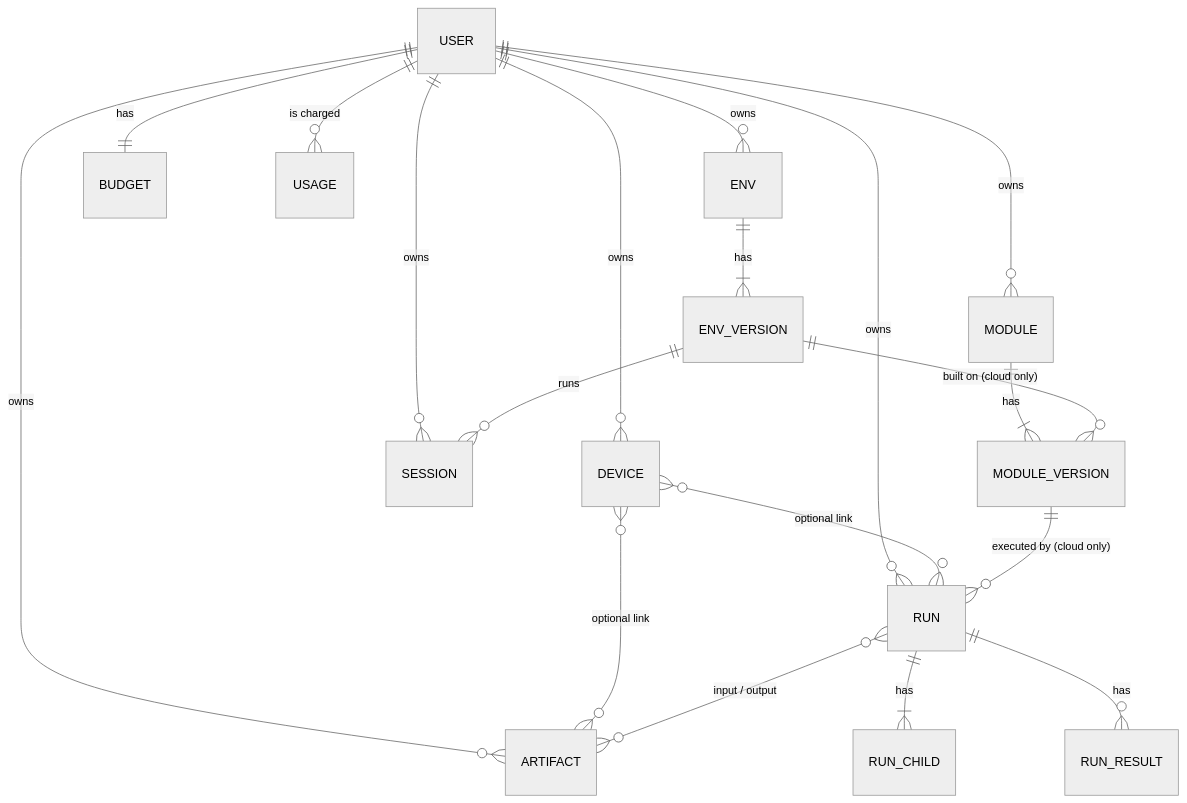
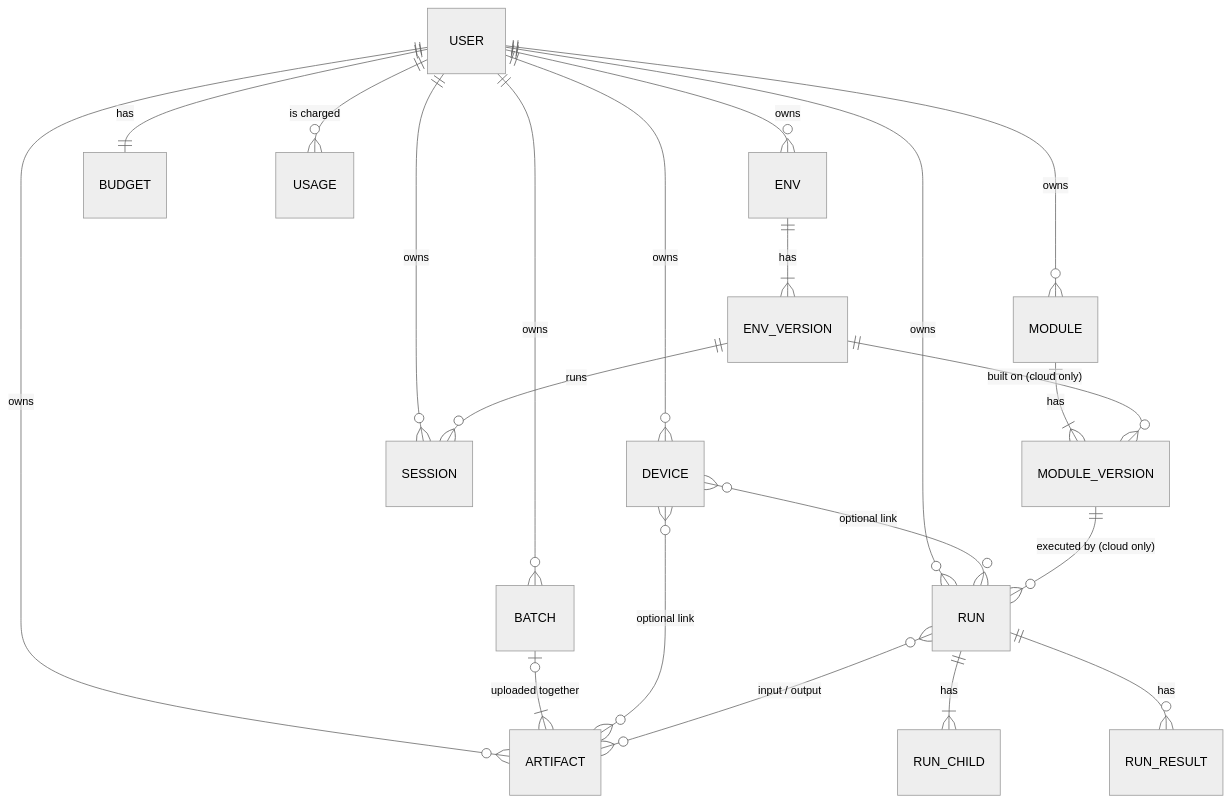
One commit to NathanMal04/Healthcare-IoT-Testbed changed the diagram in Platform/infra/DATABASE.md. Above: the diagram before and after it, drawn with Mermaid (neutral theme). The commit also changed other lines of this file and 33 other files, not shown here.

````diff
--- a/Platform/infra/DATABASE.md
+++ b/Platform/infra/DATABASE.md
@@ -189,21 +215,23 @@
 ```mermaid
 erDiagram
     USER ||--o{ DEVICE : owns
     USER ||--o{ ARTIFACT : owns
+    USER ||--o{ BATCH : owns
+    BATCH |o--|{ ARTIFACT : "uploaded together"
     USER ||--o{ MODULE : owns
     USER ||--o{ ENV : owns
     USER ||--o{ RUN : owns
     USER ||--o{ SESSION : owns
     USER ||--|| BUDGET : has
     USER ||--o{ USAGE : "is charged"
     DEVICE }o--o{ ARTIFACT : "optional link"
     DEVICE }o--o{ RUN : "optional link"
     MODULE ||--|{ MODULE_VERSION : has
     ENV ||--|{ ENV_VERSION : has
     ENV_VERSION ||--o{ MODULE_VERSION : "built on (cloud only)"
     ENV_VERSION ||--o{ SESSION : "runs"
     MODULE_VERSION ||--o{ RUN : "executed by (cloud only)"
     RUN ||--|{ RUN_CHILD : has
     RUN ||--o{ RUN_RESULT : has
     RUN }o--o{ ARTIFACT : "input / output"
 ```
````
